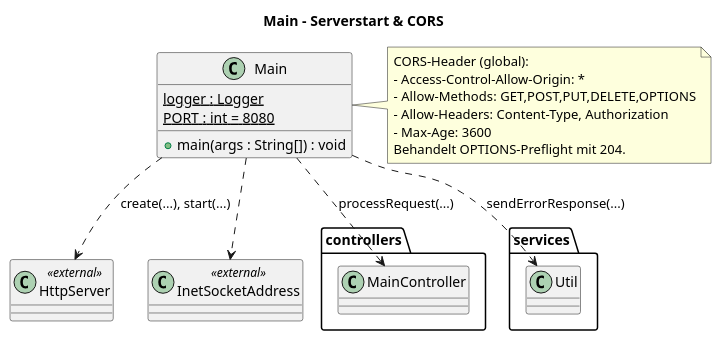
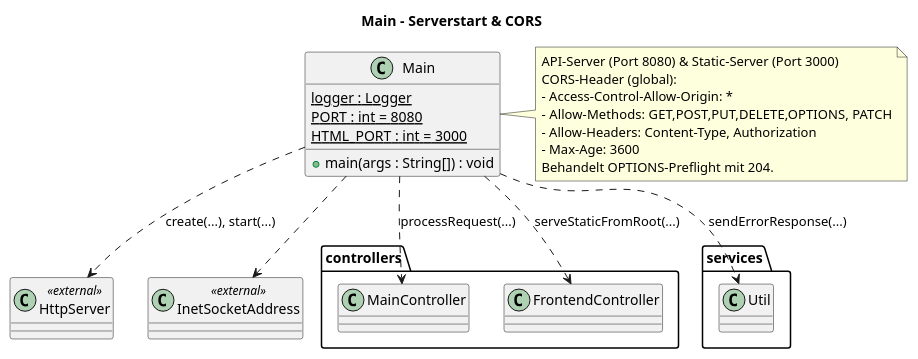
The diagram in backend/src/main/resources/documentation/plantUML/02_main.puml (Princeps119/Princeps119-BFK_J3_Snake), drawn with PlantUML before and after one commit. The commit also changed 5 other files, not shown here.

Commit message:
Robin plantuml updated

```diff
--- a/backend/src/main/resources/documentation/plantUML/02_main.puml
+++ b/backend/src/main/resources/documentation/plantUML/02_main.puml
@@ -1,26 +1,29 @@
 @startuml
 title Main – Serverstart & CORS
 
 class Main {
   {static} logger : Logger
   {static} PORT : int = 8080
+  {static} HTML_PORT : int = 3000
   + main(args : String[]) : void
 }
 
 class HttpServer <<external>>
 class InetSocketAddress <<external>>
 
 Main ..> HttpServer : create(...), start(...)
 Main ..> InetSocketAddress
 Main ..> controllers.MainController : processRequest(...)
+Main ..> controllers.FrontendController : serveStaticFromRoot(...)
 Main ..> services.Util : sendErrorResponse(...)
 
 note right of Main
+API-Server (Port 8080) & Static-Server (Port 3000)
 CORS-Header (global):
 - Access-Control-Allow-Origin: *
-- Allow-Methods: GET,POST,PUT,DELETE,OPTIONS
+- Allow-Methods: GET,POST,PUT,DELETE,OPTIONS, PATCH
 - Allow-Headers: Content-Type, Authorization
 - Max-Age: 3600
 Behandelt OPTIONS-Preflight mit 204.
 end note
 @enduml
```
